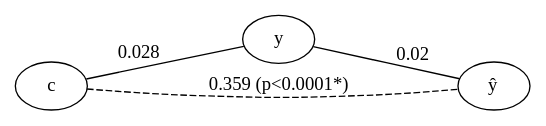
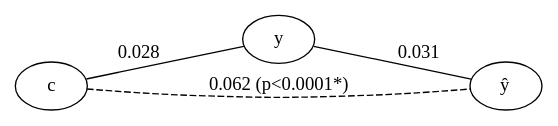
One commit to pni-lab/mlconfound-manuscript changed the diagram in fig/raw/emp_abide_motion_reg_partial.dot. Above: the diagram before and after it, drawn with Graphviz. The commit also changed 54 other files, not shown here.

```diff
--- a/fig/raw/emp_abide_motion_reg_partial.dot
+++ b/fig/raw/emp_abide_motion_reg_partial.dot
@@ -1,9 +1,9 @@
 graph {
 	rankdir=LR
 	c [label=c]
 	y [label=y]
 	yhat [label=<y&#770;>]
-	c -- yhat [label="0.359 (p<0.0001*)" style=dashed]
+	c -- yhat [label="0.062 (p<0.0001*)" style=dashed]
 	c -- y [label=0.028]
-	y -- yhat [label=0.02]
+	y -- yhat [label=0.031]
 }
```
